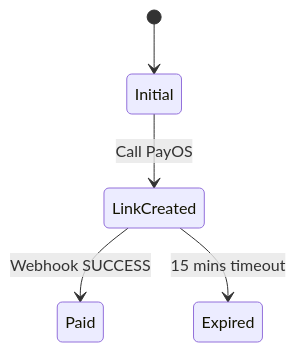
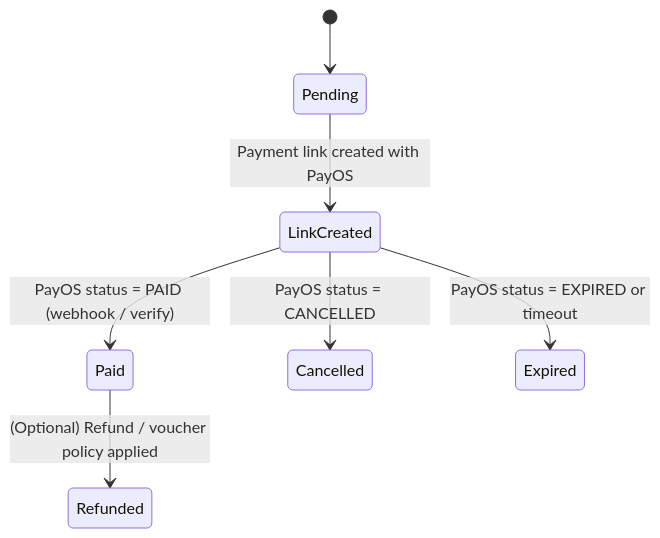
Diagram 11 of 28 in doc/UML/Phuoc_PaymentCheckin.md (SDN-Group5/Event-Ticketing-Platform), drawn with Mermaid before and after one commit. The commit also changed other lines of this file and 19 other files, not shown here.

````diff
--- a/doc/UML/Phuoc_PaymentCheckin.md
+++ b/doc/UML/Phuoc_PaymentCheckin.md
@@ -145,7 +181,9 @@
 ```mermaid
 stateDiagram-v2
-    [*] --> Initial
-    Initial --> LinkCreated: Call PayOS
-    LinkCreated --> Paid: Webhook SUCCESS
-    LinkCreated --> Expired: 15 mins timeout
+    [*] --> Pending
+    Pending --> LinkCreated: Payment link created with PayOS
+    LinkCreated --> Paid: PayOS status = PAID (webhook / verify)
+    LinkCreated --> Cancelled: PayOS status = CANCELLED
+    LinkCreated --> Expired: PayOS status = EXPIRED or timeout
+    Paid --> Refunded: (Optional) Refund / voucher policy applied
 ```
````
